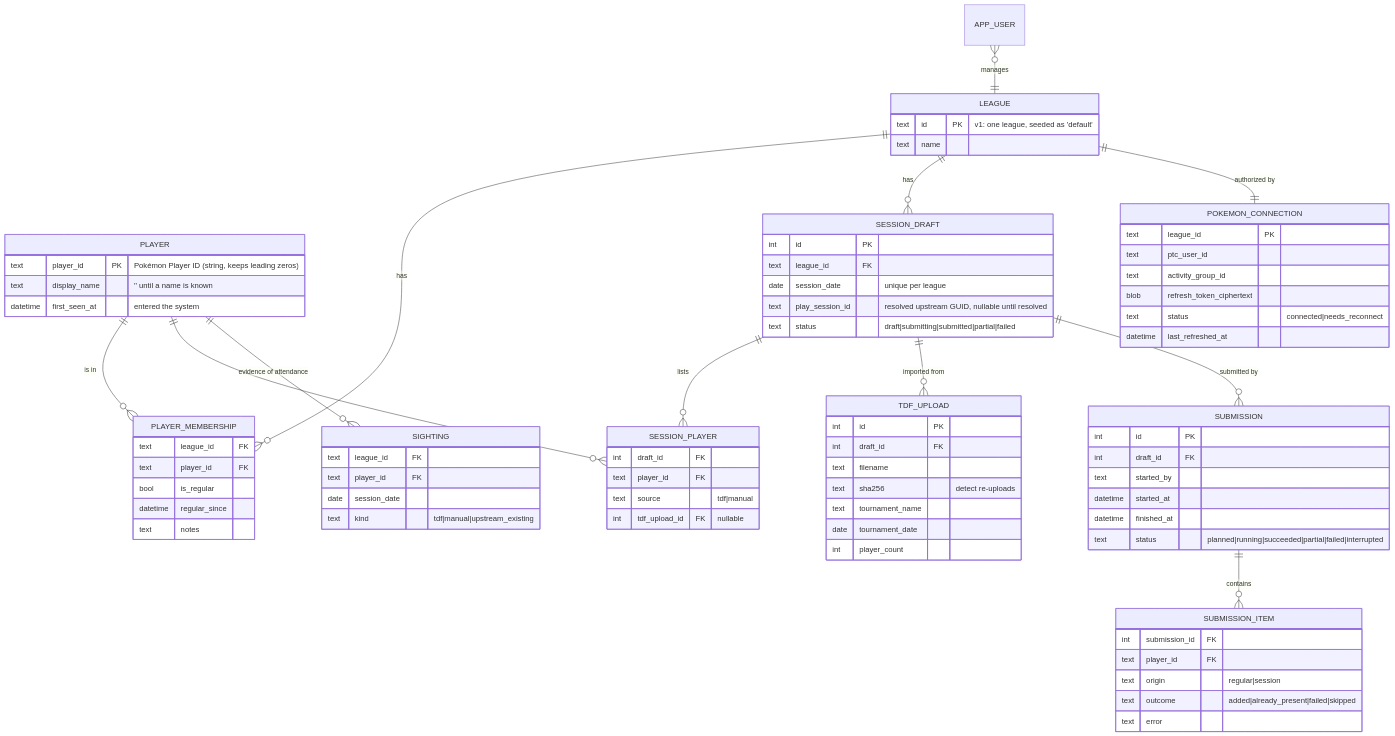
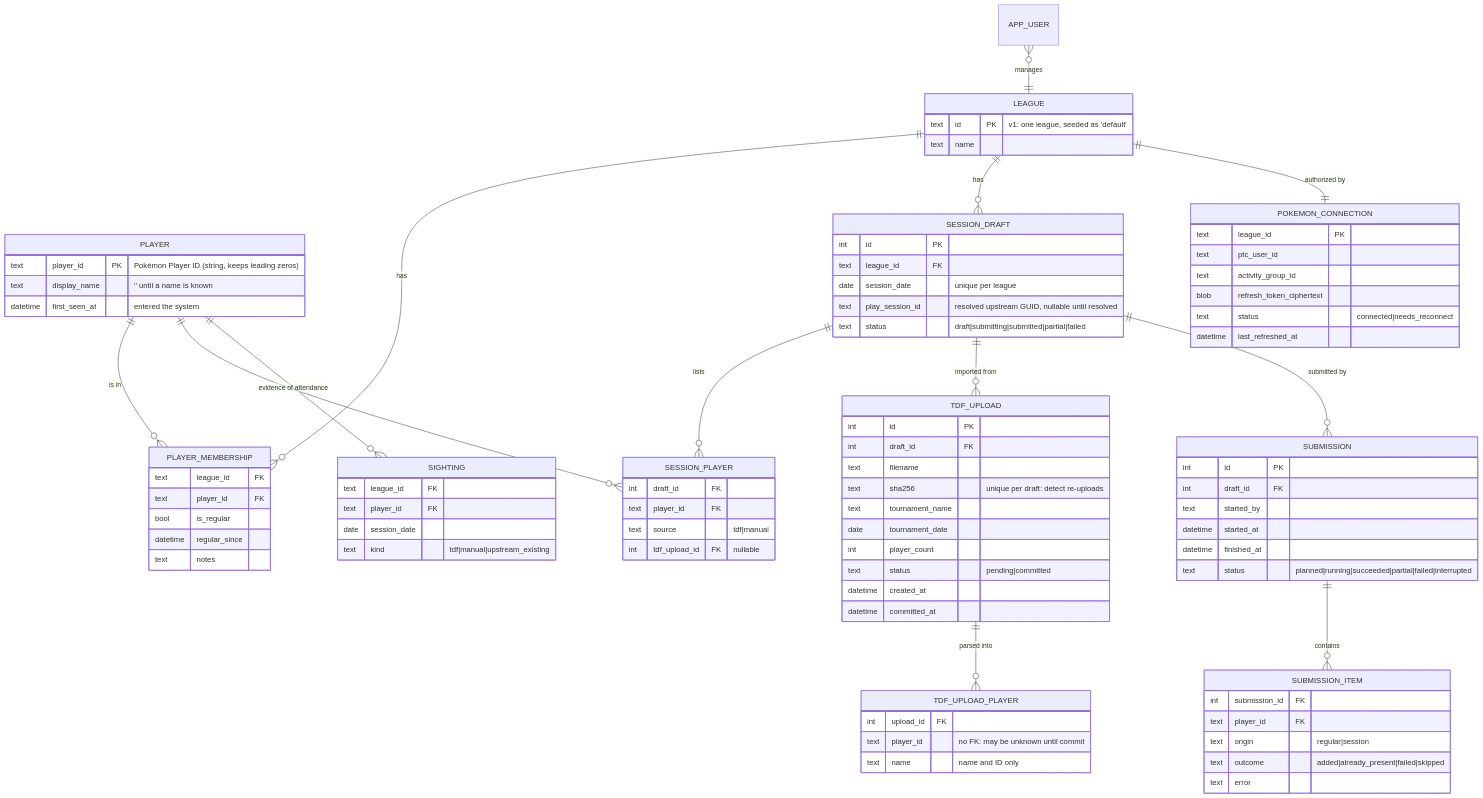
One commit to Towerism/play-pokemon-attendance-web changed the third of 5 diagrams in docs/architecture/README.md. Above: the diagram before and after it, drawn with Mermaid. The commit also changed other lines of this file and 8 other files, not shown here.

```diff
--- a/docs/architecture/README.md
+++ b/docs/architecture/README.md
@@ -320,10 +320,19 @@
     int id PK
     int draft_id FK
     text filename
-    text sha256 "detect re-uploads"
+    text sha256 "unique per draft: detect re-uploads"
     text tournament_name
     date tournament_date
     int player_count
+    text status "pending|committed"
+    datetime created_at
+    datetime committed_at
+  }
+  TDF_UPLOAD ||--o{ TDF_UPLOAD_PLAYER : "parsed into"
+  TDF_UPLOAD_PLAYER {
+    int upload_id FK
+    text player_id "no FK: may be unknown until commit"
+    text name "name and ID only"
   }
   SUBMISSION {
     int id PK
```
